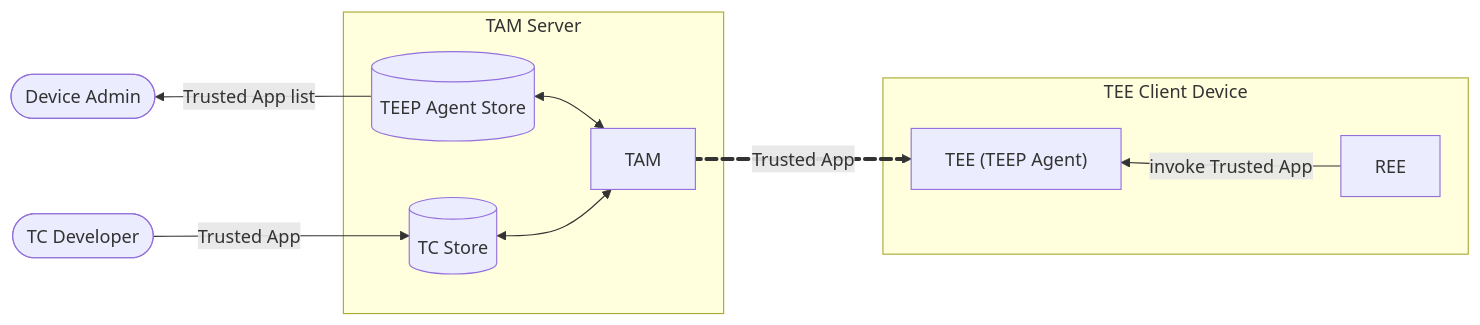
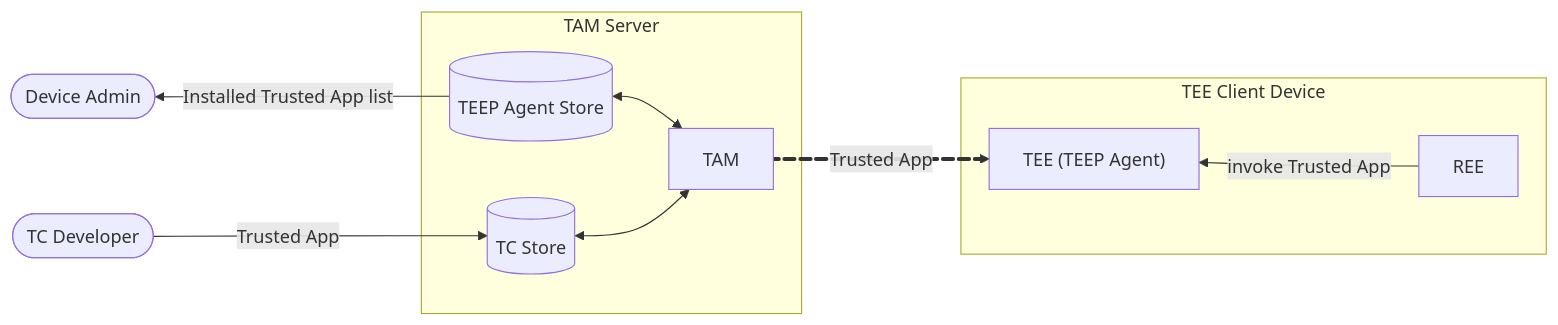
One commit to kentakayama/AttesTAM changed the diagram in README.md. Above: the diagram before and after it, drawn with Mermaid. The commit also changed 5 other files, not shown here.

````diff
--- a/README.md
+++ b/README.md
@@ -9,21 +9,21 @@
 ```mermaid
 flowchart LR
     DeviceAdmin ~~~ AgentStore
-    AgentStore -- Trusted App list --> DeviceAdmin([Device Admin])
+    AgentStore -- Installed Trusted App list --> DeviceAdmin([Device Admin])
     AgentStore ~~~ DeviceAdmin
     TCDeveloper([TC Developer]) -- Trusted App--> ManifestStore
     subgraph TAM Server
         TAM
         AgentStore[(TEEP Agent Store)] <--> TAM
         ManifestStore[(TC Store)] <--> TAM
     end
 
     TAM e1@== Trusted App ==> TEEPAgent
     e1@{ animate: true }
 
     subgraph TEE Client Device
         TEEPAgent["TEE (TEEP Agent)"] ~~~ REE
         REE -- invoke Trusted App --> TEEPAgent
         REE ~~~ TEEPAgent
     end
 ```
````
